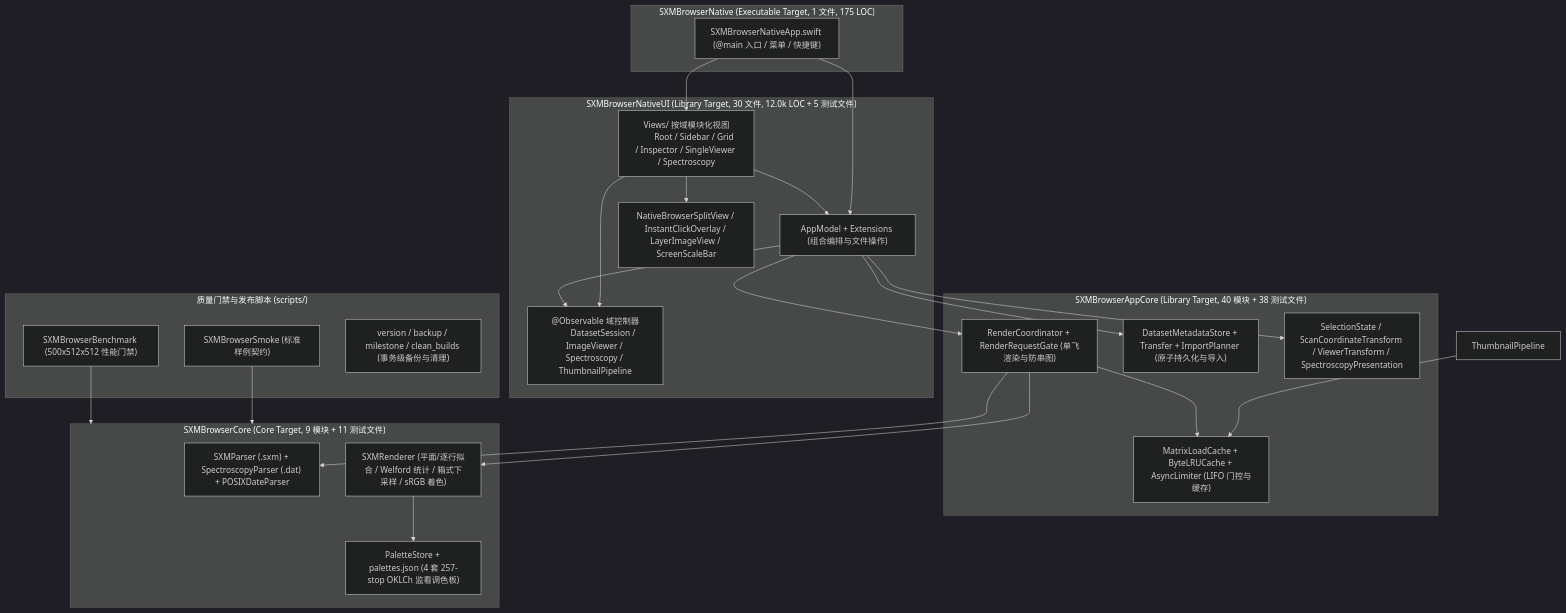
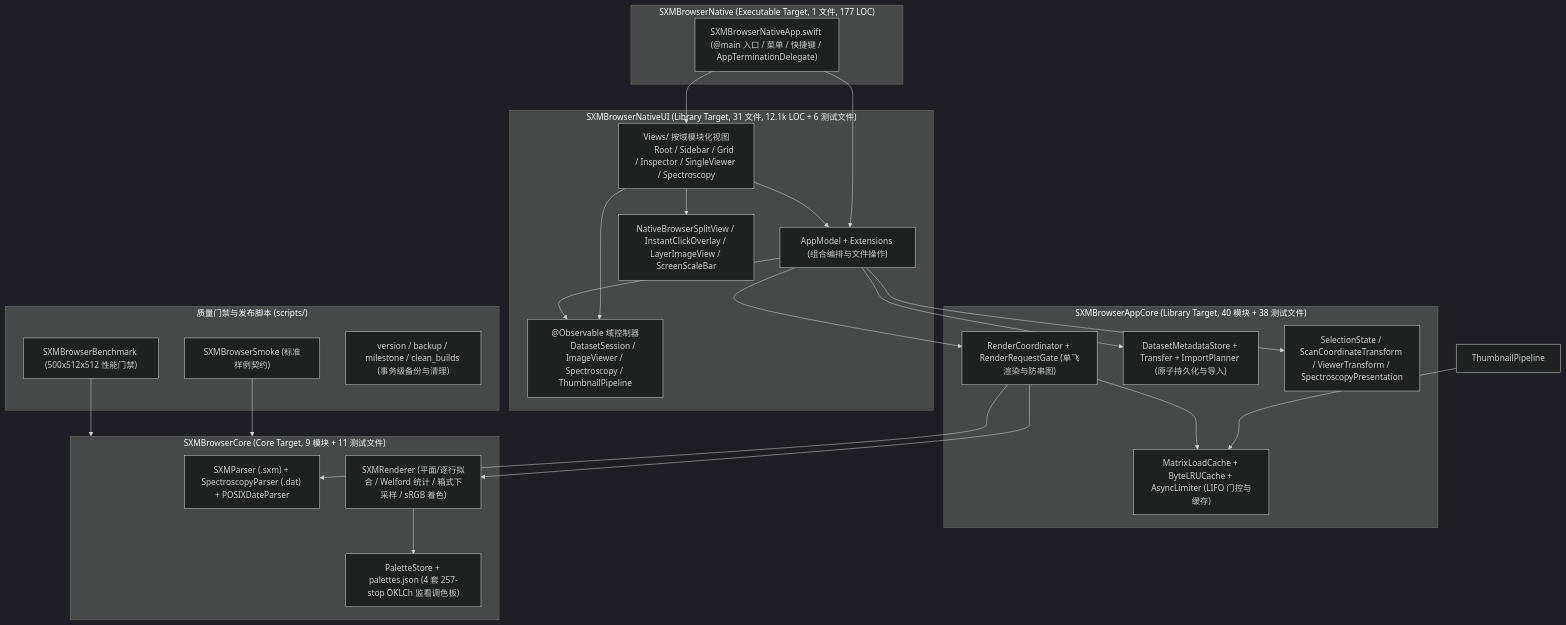
The second of 3 diagrams in ROADMAP.md (uuCicadas/SXMBrowser), drawn with Mermaid (dark theme) before and after one commit. The commit also changed other lines of this file and 12 other files, not shown here.

````diff
--- a/ROADMAP.md
+++ b/ROADMAP.md
@@ -47,51 +47,51 @@
 ```mermaid
 flowchart TD
-    subgraph AppLayer["SXMBrowserNative (Executable Target, 1 文件, 175 LOC)"]
-        AppEntry["SXMBrowserNativeApp.swift (@main 入口 / 菜单 / 快捷键)"]
+    subgraph AppLayer["SXMBrowserNative (Executable Target, 1 文件, 177 LOC)"]
+        AppEntry["SXMBrowserNativeApp.swift (@main 入口 / 菜单 / 快捷键 / AppTerminationDelegate)"]
     end
 
-    subgraph UILayer["SXMBrowserNativeUI (Library Target, 30 文件, 12.0k LOC + 5 测试文件)"]
+    subgraph UILayer["SXMBrowserNativeUI (Library Target, 31 文件, 12.1k LOC + 6 测试文件)"]
         AppModel["AppModel + Extensions (组合编排与文件操作)"]
         Controllers["@Observable 域控制器
         DatasetSession / ImageViewer / Spectroscopy / ThumbnailPipeline"]
         Views["Views/ 按域模块化视图
         Root / Sidebar / Grid / Inspector / SingleViewer / Spectroscopy"]
         Bridges["NativeBrowserSplitView / InstantClickOverlay / LayerImageView / ScreenScaleBar"]
     end
 
     subgraph AppCoreLayer["SXMBrowserAppCore (Library Target, 40 模块 + 38 测试文件)"]
         RenderCoord["RenderCoordinator + RenderRequestGate (单飞渲染与防串图)"]
         Cache["MatrixLoadCache + ByteLRUCache + AsyncLimiter (LIFO 门控与缓存)"]
         MetaStore["DatasetMetadataStore + Transfer + ImportPlanner (原子持久化与导入)"]
         DomainState["SelectionState / ScanCoordinateTransform / ViewerTransform / SpectroscopyPresentation"]
     end
 
     subgraph CoreLayer["SXMBrowserCore (Core Target, 9 模块 + 11 测试文件)"]
         Parsers["SXMParser (.sxm) + SpectroscopyParser (.dat) + POSIXDateParser"]
         Renderer["SXMRenderer (平面/逐行拟合 / Welford 统计 / 箱式下采样 / sRGB 着色)"]
         Palettes["PaletteStore + palettes.json (4 套 257-stop OKLCh 监看调色板)"]
     end
 
     subgraph Tooling["质量门禁与发布脚本 (scripts/)"]
         Smoke["SXMBrowserSmoke (标准样例契约)"]
         Bench["SXMBrowserBenchmark (500x512x512 性能门禁)"]
         Checkpoints["version / backup / milestone / clean_builds (事务级备份与清理)"]
     end
 
     AppEntry --> AppModel
     AppEntry --> Views
     Views --> AppModel
     Views --> Controllers
     Views --> Bridges
     AppModel --> Controllers
     AppModel --> RenderCoord
     AppModel --> MetaStore
     AppModel --> DomainState
     ThumbnailPipeline --> Cache
     RenderCoord --> Cache
     RenderCoord --> Renderer
     RenderCoord --> Parsers
     Renderer --> Palettes
     Smoke --> CoreLayer
     Bench --> CoreLayer
 ```
````
